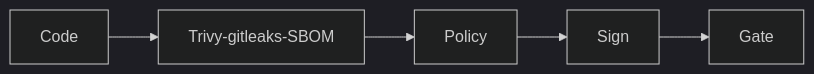
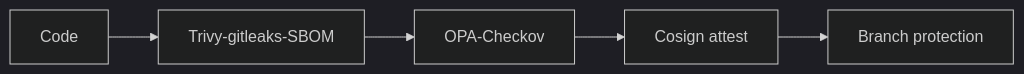
The diagram in README.md (navin-kumar10/devsecops-supply-chain-security), drawn with Mermaid (dark theme) before and after one commit. The commit also changed other lines of this file, not shown here.

````diff
--- a/README.md
+++ b/README.md
@@ -11,4 +21,7 @@
 ```mermaid
 flowchart LR
-  Code --> Scan[Trivy-gitleaks-SBOM] --> Policy --> Sign --> Gate
+  Code --> Scan[Trivy-gitleaks-SBOM]
+  Scan --> Policy[OPA-Checkov]
+  Policy --> Sign[Cosign attest]
+  Sign --> Gate[Branch protection]
 ```
````
